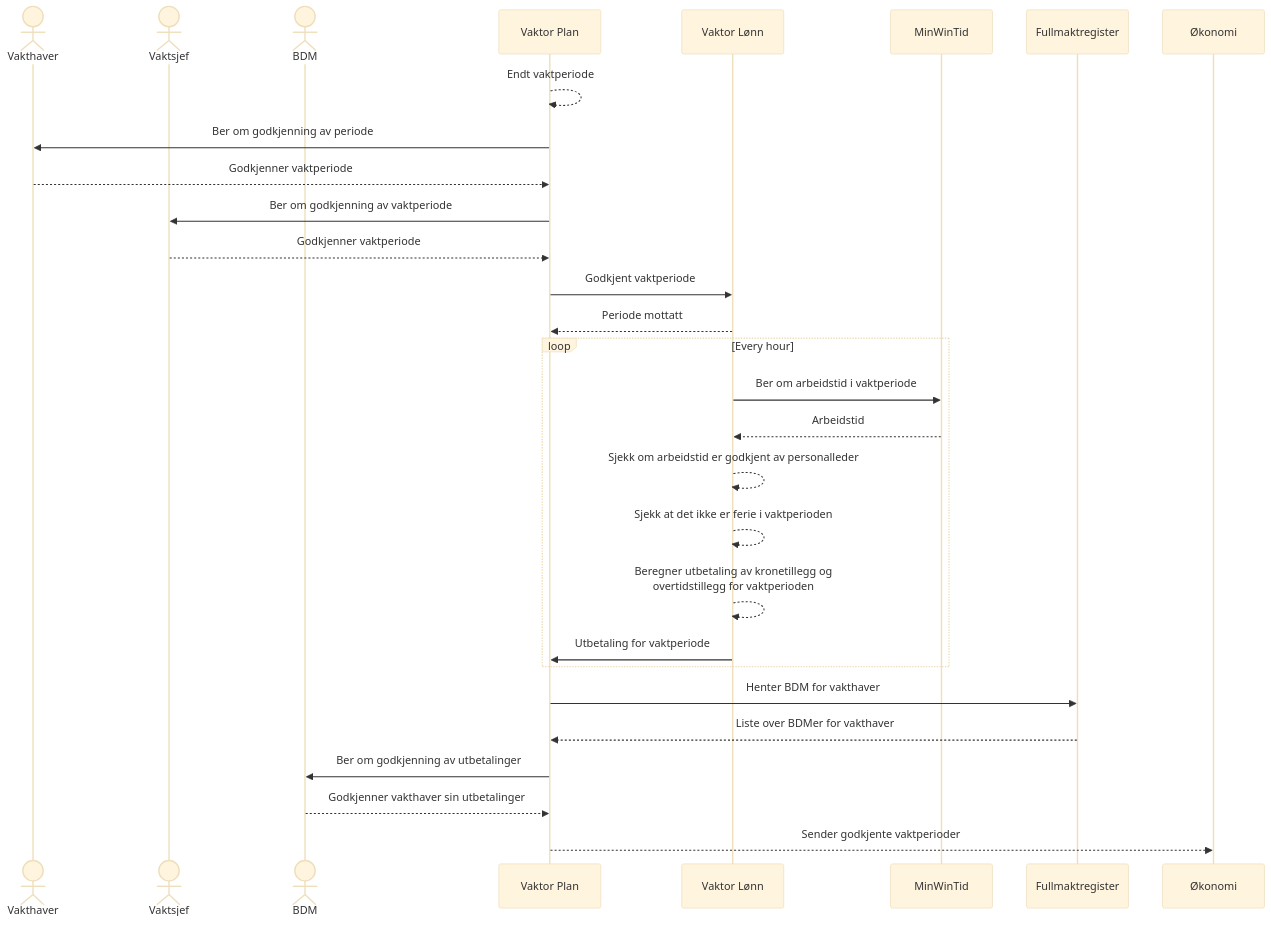
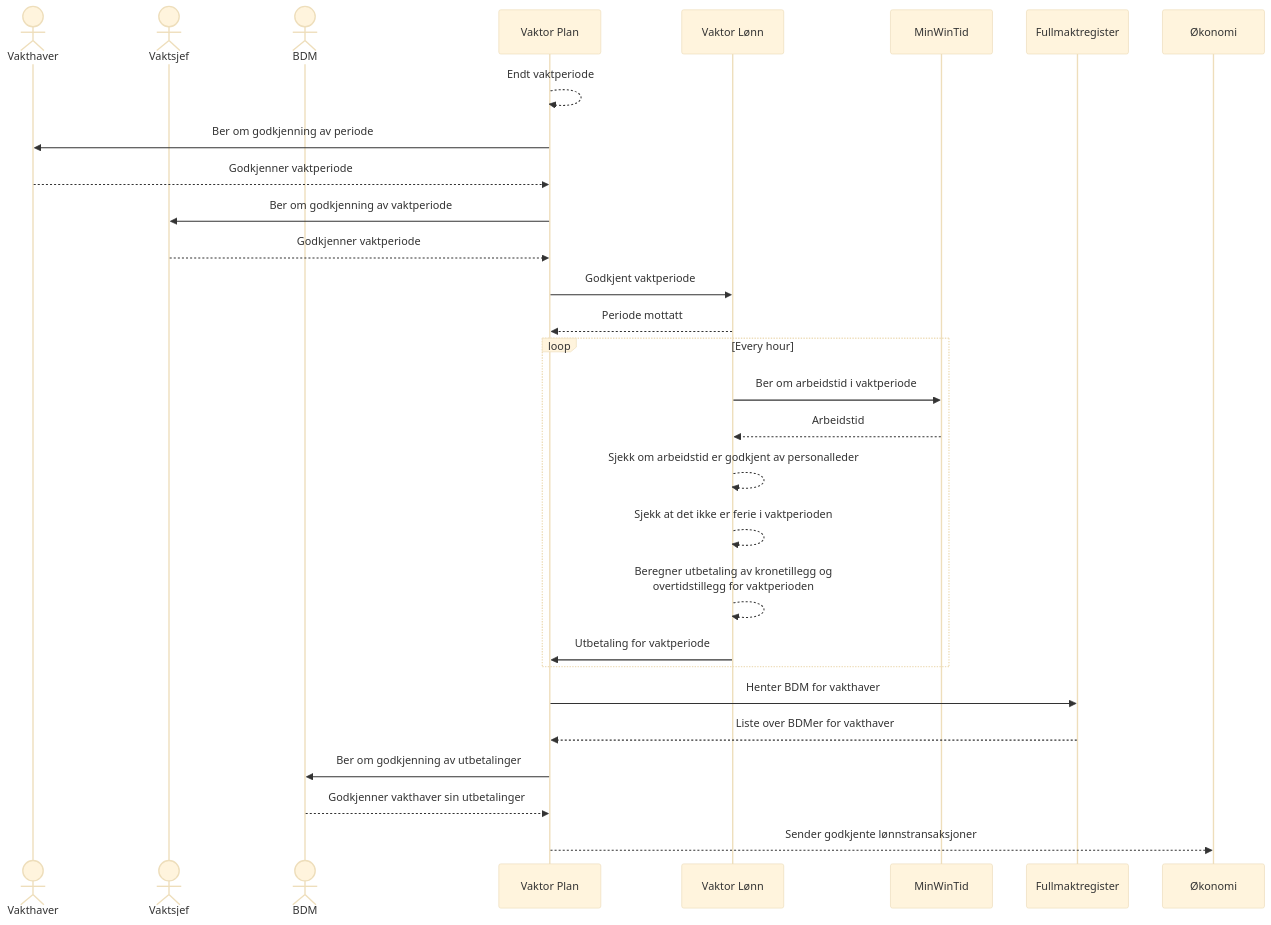
One commit to navikt/vaktor-lonn changed the first of 2 diagrams in README.md. Above: the diagram before and after it, drawn with Mermaid (base theme).

Commit message:
doc: byttet fra vaktperioder til lønnstransaksjoner

````diff
--- a/README.md
+++ b/README.md
@@ -8,28 +8,28 @@
 ```mermaid
 sequenceDiagram
 actor Vakthaver
 actor Vaktsjef
 actor BDM
 participant Plan as Vaktor Plan
 participant Lønn as Vaktor Lønn
 Plan-->>Plan: Endt vaktperiode
 Plan->>Vakthaver: Ber om godkjenning av periode
 Vakthaver-->>Plan: Godkjenner vaktperiode
 Plan->>Vaktsjef: Ber om godkjenning av vaktperiode
 Vaktsjef-->>Plan: Godkjenner vaktperiode
 Plan->>Lønn: Godkjent vaktperiode
 Lønn-->>Plan: Periode mottatt
 loop Every hour
   Lønn->>MinWinTid: Ber om arbeidstid i vaktperiode
   MinWinTid-->>Lønn: Arbeidstid
   Lønn-->>Lønn: Sjekk om arbeidstid er godkjent av personalleder
   Lønn-->>Lønn: Sjekk at det ikke er ferie i vaktperioden
   Lønn-->>Lønn: Beregner utbetaling av kronetillegg og<br/>overtidstillegg for vaktperioden
   Lønn->>Plan: Utbetaling for vaktperiode
 end
 Plan->>Fullmaktregister: Henter BDM for vakthaver
 Fullmaktregister-->>Plan: Liste over BDMer for vakthaver
 Plan->>BDM: Ber om godkjenning av utbetalinger
 BDM-->>Plan: Godkjenner vakthaver sin utbetalinger
-Plan-->>Økonomi: Sender godkjente vaktperioder
+Plan-->>Økonomi: Sender godkjente lønnstransaksjoner
 ```
````
